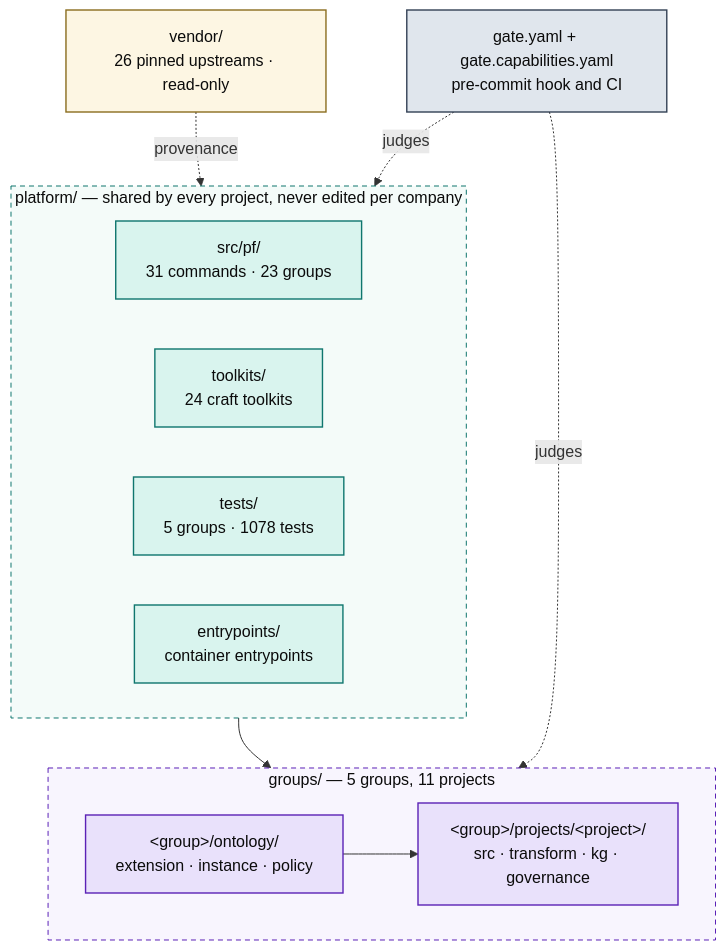
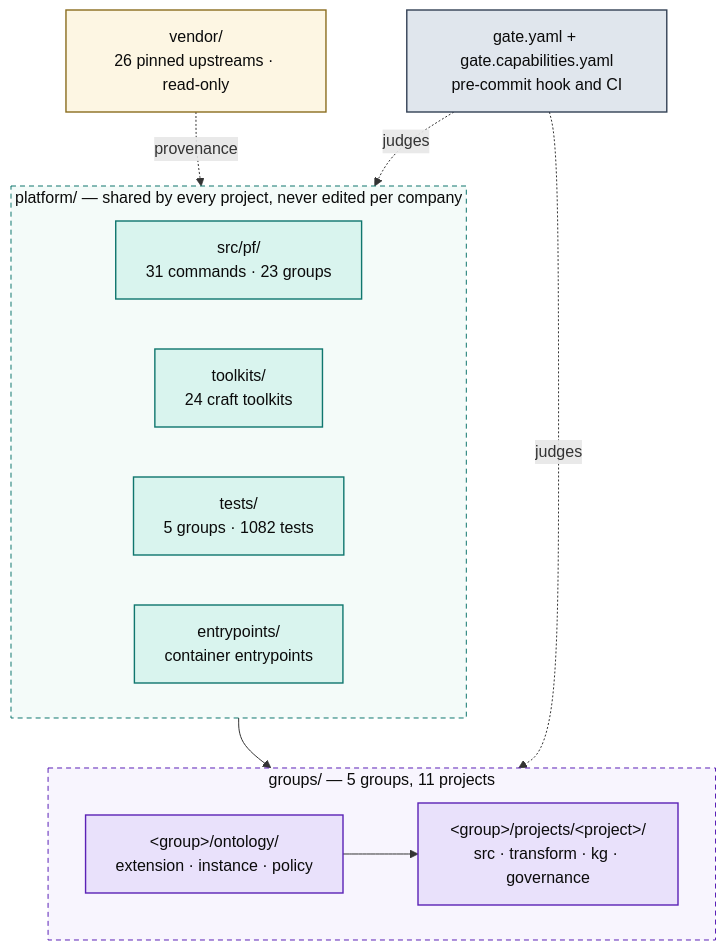
Before and after one commit to Atomz-org/data-platform: the first of 5 diagrams in docs/ARCHITECTURE.md, drawn with Mermaid. The commit also changed other lines of this file and 4 other files, not shown here.

````diff
--- a/docs/ARCHITECTURE.md
+++ b/docs/ARCHITECTURE.md
@@ -15,36 +15,36 @@
 ```mermaid
 flowchart TB
   subgraph SHARED["platform/ — shared by every project, never edited per company"]
     direction LR
     ENG["src/pf/<br/>31 commands · 23 groups"]
     TK["toolkits/<br/>24 craft toolkits"]
-    TST["tests/<br/>5 groups · 1078 tests"]
+    TST["tests/<br/>5 groups · 1082 tests"]
     ENT["entrypoints/<br/>container entrypoints"]
   end
 
   subgraph ENTITIES["groups/ — 5 groups, 11 projects"]
     direction LR
     GRP["&lt;group&gt;/ontology/<br/>extension · instance · policy"]
     PRJ["&lt;group&gt;/projects/&lt;project&gt;/<br/>src · transform · kg · governance"]
     GRP --> PRJ
   end
 
   VEN["vendor/<br/>26 pinned upstreams · read-only"]
   GATE["gate.yaml + gate.capabilities.yaml<br/>pre-commit hook and CI"]
 
   SHARED --> ENTITIES
   VEN -.provenance.-> SHARED
   GATE -.judges.-> ENTITIES
   GATE -.judges.-> SHARED
 
   classDef code fill:#d9f4ee,stroke:#0f766e,stroke-width:1.4px,color:#0b0b0b
   classDef data fill:#e9e1fb,stroke:#5b21b6,stroke-width:1.4px,color:#0b0b0b
   classDef gov fill:#e0e6ed,stroke:#334155,stroke-width:1.4px,color:#0b0b0b
   classDef ext fill:#fdf6e3,stroke:#8a6d1f,stroke-width:1.4px,color:#0b0b0b
   class ENG,TK,TST,ENT code
   class GRP,PRJ data
   class GATE gov
   class VEN ext
   style SHARED fill:#f4fbf9,stroke:#0f766e,stroke-dasharray:5 4,color:#0b0b0b
   style ENTITIES fill:#f8f5fe,stroke:#5b21b6,stroke-dasharray:5 4,color:#0b0b0b
 ```
````
